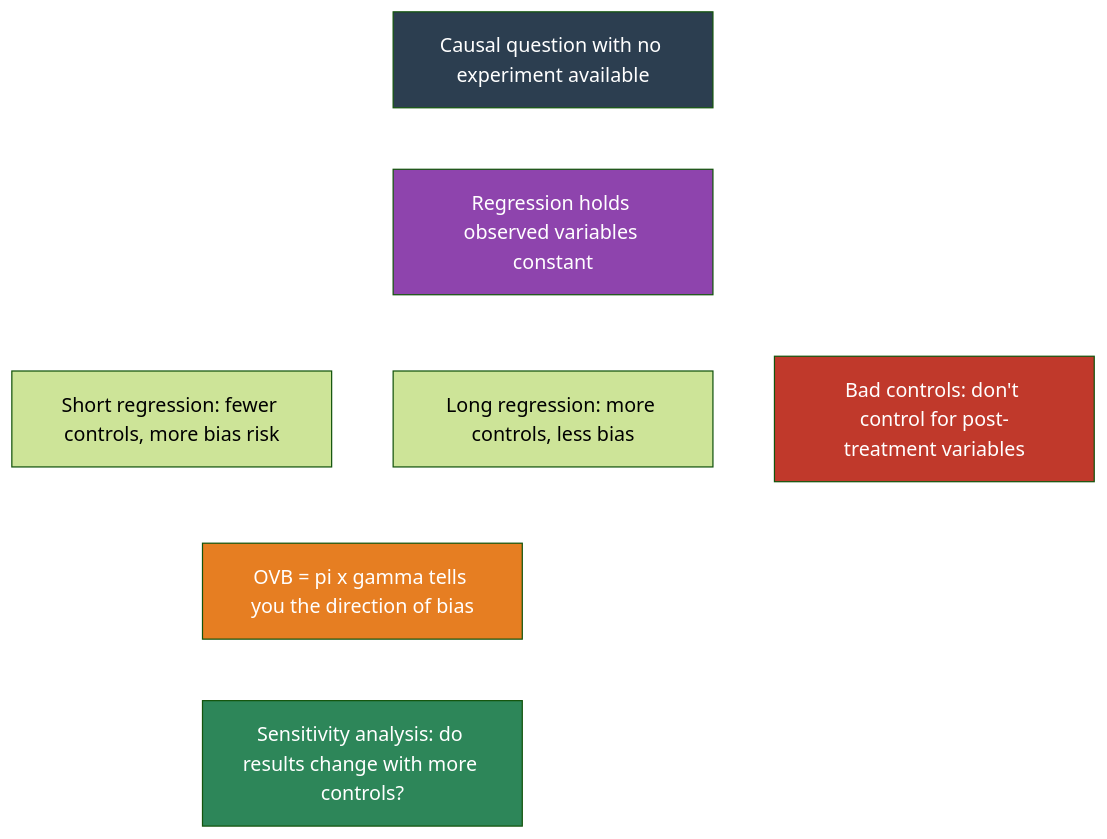
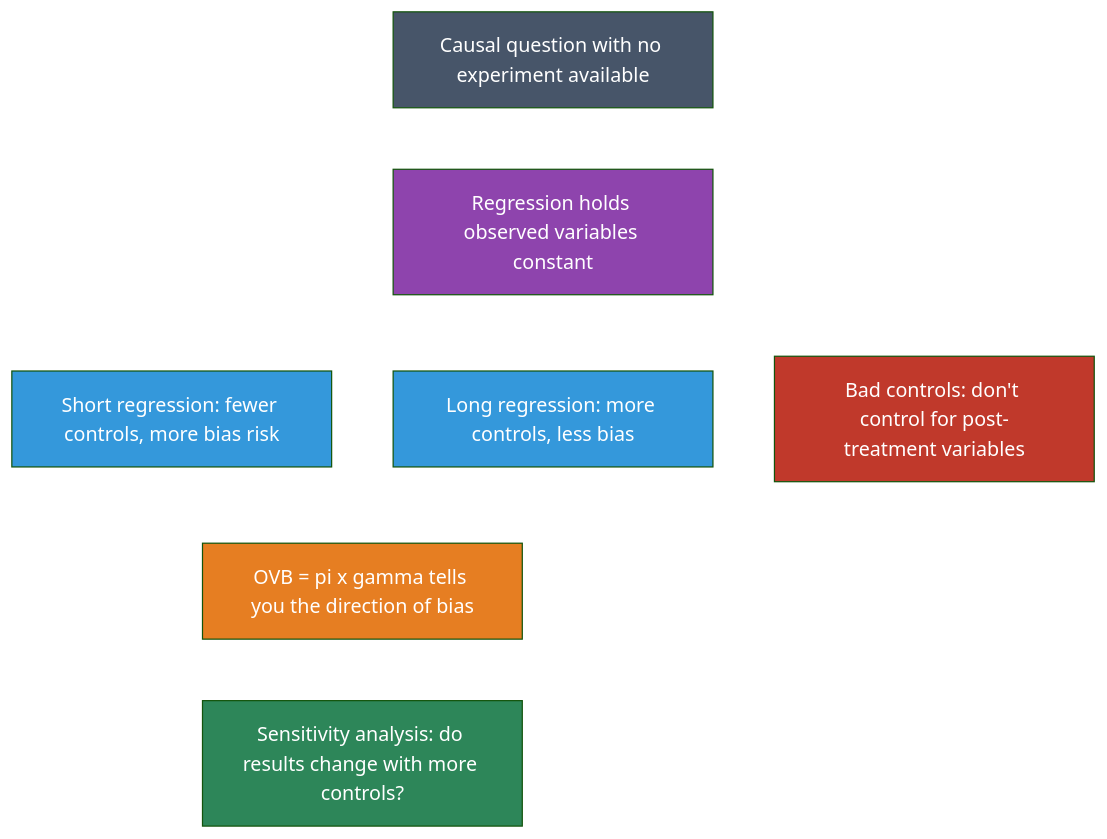
Before and after one commit to cmg777/intro2causal: the second of 2 diagrams in notebooks_md/02-regression.md, drawn with Mermaid (forest theme). The commit also changed other lines of this file and 17 other files, not shown here.

````diff
--- a/notebooks_md/02-regression.md
+++ b/notebooks_md/02-regression.md
@@ -418,26 +475,28 @@
 ```mermaid
 
 graph TD
     Q["Causal question with no experiment available"]
     REG["Regression holds observed variables constant"]
     SHORT["Short regression: fewer controls, more bias risk"]
     LONG["Long regression: more controls, less bias"]
     OVB["OVB = pi x gamma tells you the direction of bias"]
     SENS["Sensitivity analysis: do results change with more controls?"]
     BC["Bad controls: don't control for post-treatment variables"]
 
     Q --> REG
     REG --> SHORT
     REG --> LONG
     SHORT --> OVB
     LONG --> OVB
     OVB --> SENS
     REG --> BC
 
-    style Q fill:#2c3e50,color:#fff
+    style Q fill:#475569,color:#fff
     style REG fill:#8e44ad,color:#fff
+    style SHORT fill:#3498db,color:#fff
+    style LONG fill:#3498db,color:#fff
     style OVB fill:#e67e22,color:#fff
     style SENS fill:#2d8659,color:#fff
     style BC fill:#c0392b,color:#fff
     linkStyle default stroke:#fff,stroke-width:2px
 ```
````
